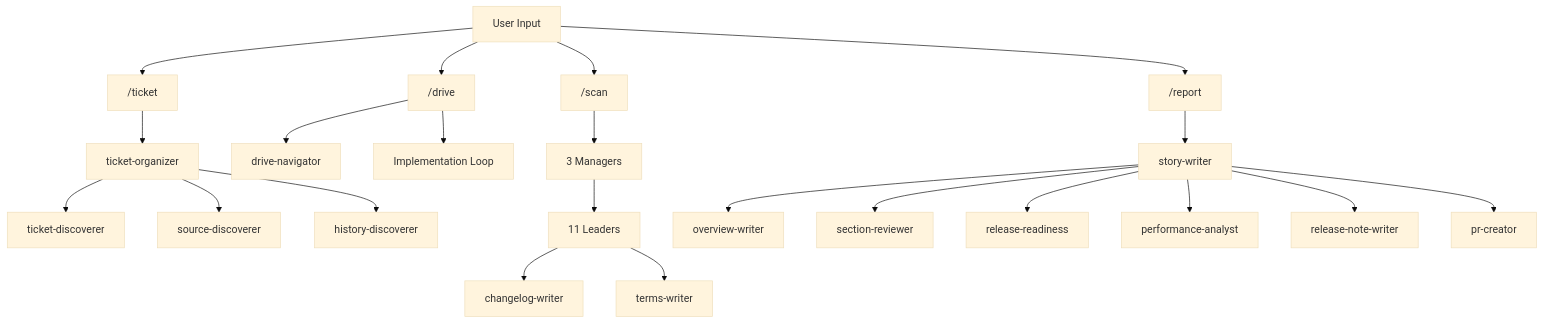
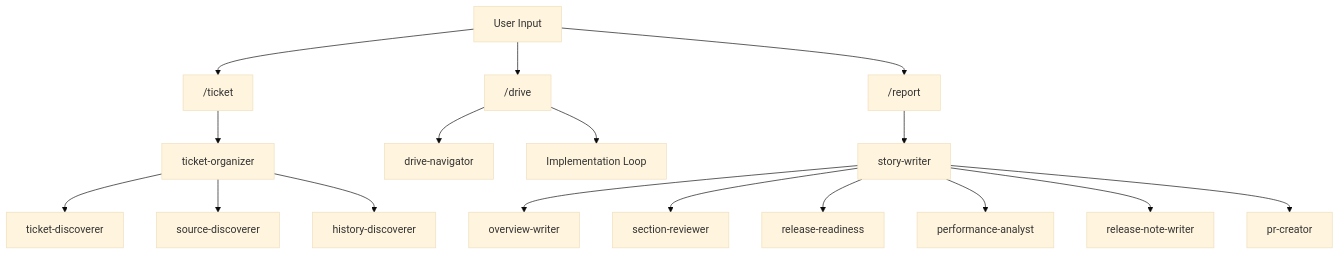
The first of 3 diagrams in .workaholic/specs/component.md (qmu/workaholic), drawn with Mermaid (base theme) before and after one commit. The commit also changed other lines of this file and 12 other files, not shown here.

````diff
--- a/.workaholic/specs/component.md
+++ b/.workaholic/specs/component.md
@@ -85,28 +82,22 @@
 ```mermaid
 flowchart TD
     User["User Input"] --> ticket["/ticket"]
     User --> drive["/drive"]
-    User --> scan["/scan"]
     User --> report["/report"]
 
     ticket --> TO[ticket-organizer]
     TO --> TD[ticket-discoverer]
     TO --> SD[source-discoverer]
     TO --> HD[history-discoverer]
 
     drive --> DN[drive-navigator]
     drive --> Impl["Implementation Loop"]
 
-    scan --> Managers[3 Managers]
-    Managers --> Leaders[11 Leaders]
-    Leaders --> CW[changelog-writer]
-    Leaders --> TW[terms-writer]
-
     report --> SW[story-writer]
     SW --> OW[overview-writer]
     SW --> SR[section-reviewer]
     SW --> RA[release-readiness]
     SW --> PERF[performance-analyst]
     SW --> RNW[release-note-writer]
     SW --> PC[pr-creator]
 ```
````
